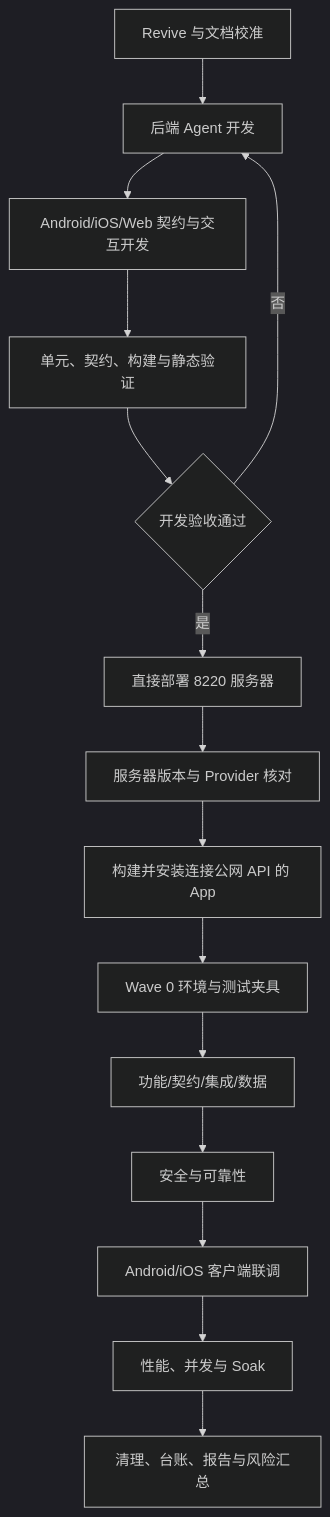
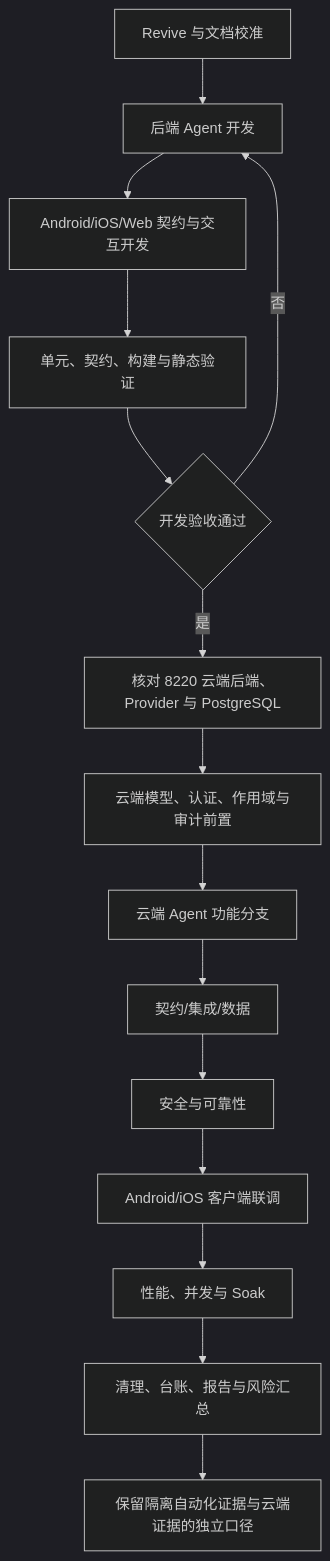
One commit to sxyq/mastergoods changed the first of 2 diagrams in testing/Agent/执行步骤临时文档.md. Above: the diagram before and after it, drawn with Mermaid (dark theme). The commit also changed other lines of this file and 56 other files, not shown here.

````diff
--- a/testing/Agent/执行步骤临时文档.md
+++ b/testing/Agent/执行步骤临时文档.md
@@ -72,17 +76,17 @@
 ```mermaid
 flowchart TD
     A[Revive 与文档校准] --> B[后端 Agent 开发]
     B --> C[Android/iOS/Web 契约与交互开发]
     C --> D[单元、契约、构建与静态验证]
     D --> E{开发验收通过}
     E -- 否 --> B
-    E -- 是 --> F[直接部署 8220 服务器]
-    F --> G[服务器版本与 Provider 核对]
-    G --> H[构建并安装连接公网 API 的 App]
-    H --> I[Wave 0 环境与测试夹具]
-    I --> J[功能/契约/集成/数据]
-    J --> K[安全与可靠性]
-    K --> L[Android/iOS 客户端联调]
-    L --> M[性能、并发与 Soak]
-    M --> N[清理、台账、报告与风险汇总]
+    E -- 是 --> F[核对 8220 云端后端、Provider 与 PostgreSQL]
+    F --> G[云端模型、认证、作用域与审计前置]
+    G --> H[云端 Agent 功能分支]
+    H --> I[契约/集成/数据]
+    I --> J[安全与可靠性]
+    J --> K[Android/iOS 客户端联调]
+    K --> L[性能、并发与 Soak]
+    L --> M[清理、台账、报告与风险汇总]
+    M --> N[保留隔离自动化证据与云端证据的独立口径]
 ```
````
